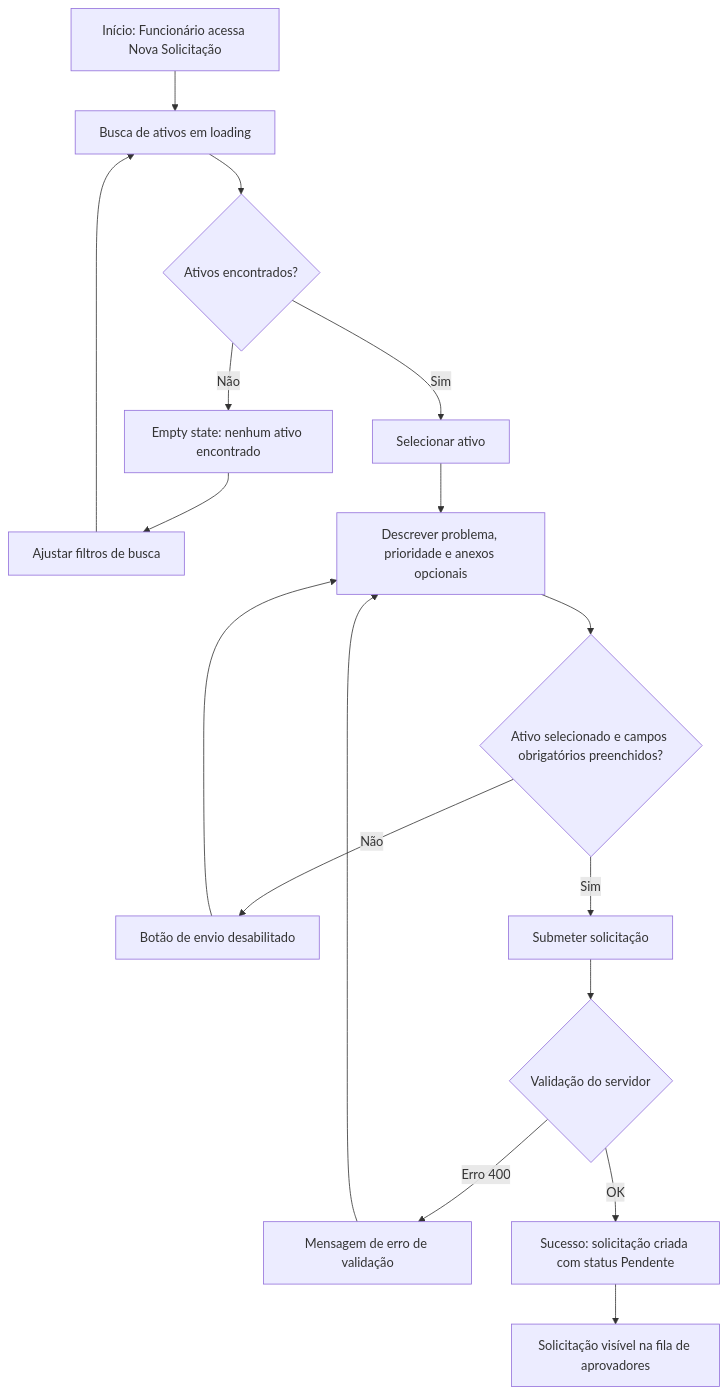
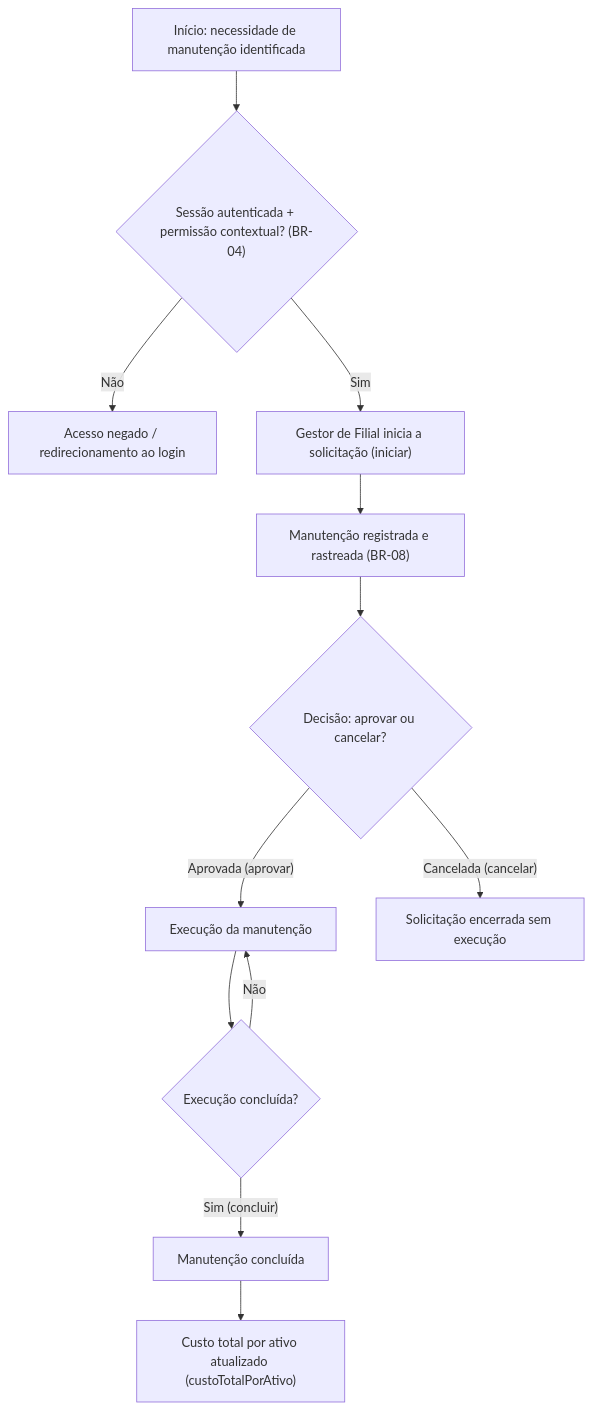
Before and after one commit to diogo-rp-menezes/aegispatrimonio: the third of 6 diagrams in docs/01-discovery/user-flows.md, drawn with Mermaid. The commit also changed other lines of this file and 49 other files, not shown here.

````diff
--- a/docs/01-discovery/user-flows.md
+++ b/docs/01-discovery/user-flows.md
@@ -128,19 +111,14 @@
 ```mermaid
 graph TD
-    A["Início: Funcionário acessa Nova Solicitação"] --> B["Busca de ativos em loading"]
-    B --> C{"Ativos encontrados?"}
-    C -- "Não" --> D["Empty state: nenhum ativo encontrado"]
-    D --> E["Ajustar filtros de busca"]
-    E --> B
-    C -- "Sim" --> F["Selecionar ativo"]
-    F --> G["Descrever problema, prioridade e anexos opcionais"]
-    G --> H{"Ativo selecionado e campos obrigatórios preenchidos?"}
-    H -- "Não" --> I["Botão de envio desabilitado"]
-    I --> G
-    H -- "Sim" --> J["Submeter solicitação"]
-    J --> K{"Validação do servidor"}
-    K -- "Erro 400" --> L["Mensagem de erro de validação"]
-    L --> G
-    K -- "OK" --> M["Sucesso: solicitação criada com status Pendente"]
-    M --> N["Solicitação visível na fila de aprovadores"]
+    A["Início: necessidade de manutenção identificada"] --> B{"Sessão autenticada + permissão contextual? (BR-04)"}
+    B -- "Não" --> C["Acesso negado / redirecionamento ao login"]
+    B -- "Sim" --> D["Gestor de Filial inicia a solicitação (iniciar)"]
+    D --> E["Manutenção registrada e rastreada (BR-08)"]
+    E --> F{"Decisão: aprovar ou cancelar?"}
+    F -- "Aprovada (aprovar)" --> G["Execução da manutenção"]
+    F -- "Cancelada (cancelar)" --> H["Solicitação encerrada sem execução"]
+    G --> I{"Execução concluída?"}
+    I -- "Sim (concluir)" --> J["Manutenção concluída"]
+    I -- "Não" --> G
+    J --> K["Custo total por ativo atualizado (custoTotalPorAtivo)"]
 ```
````
